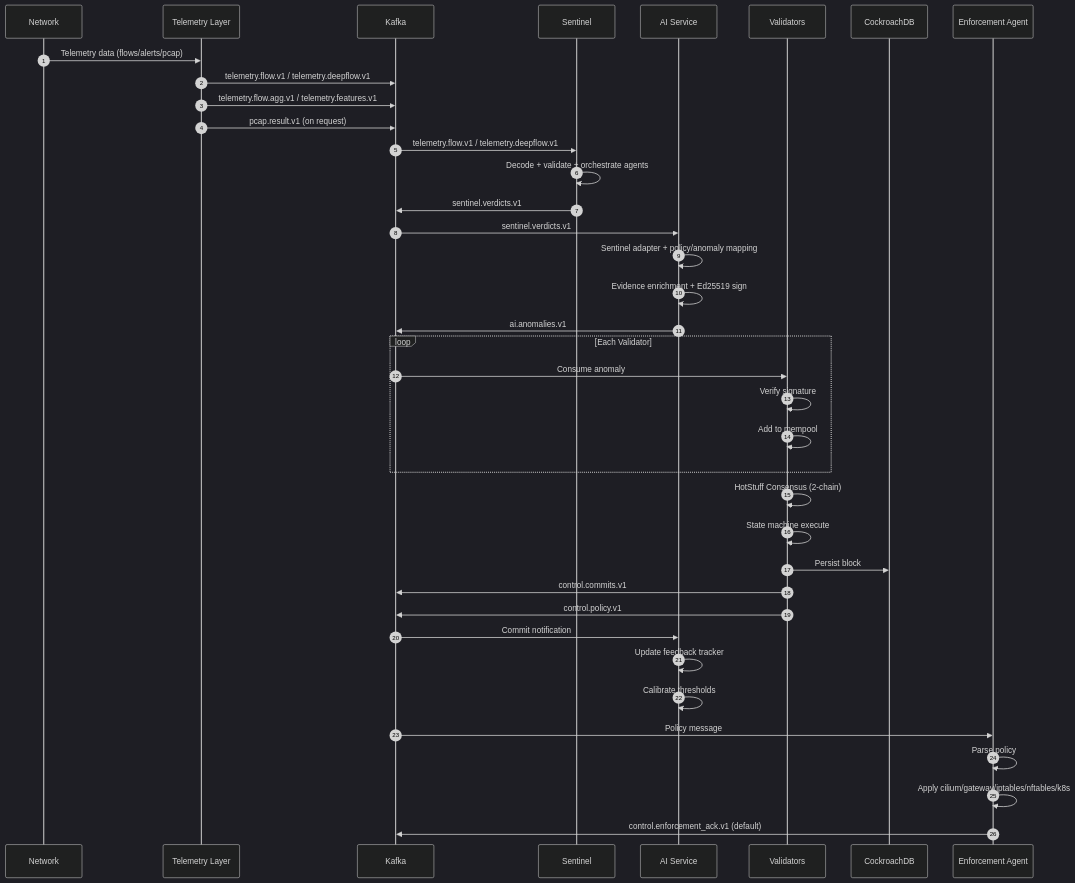
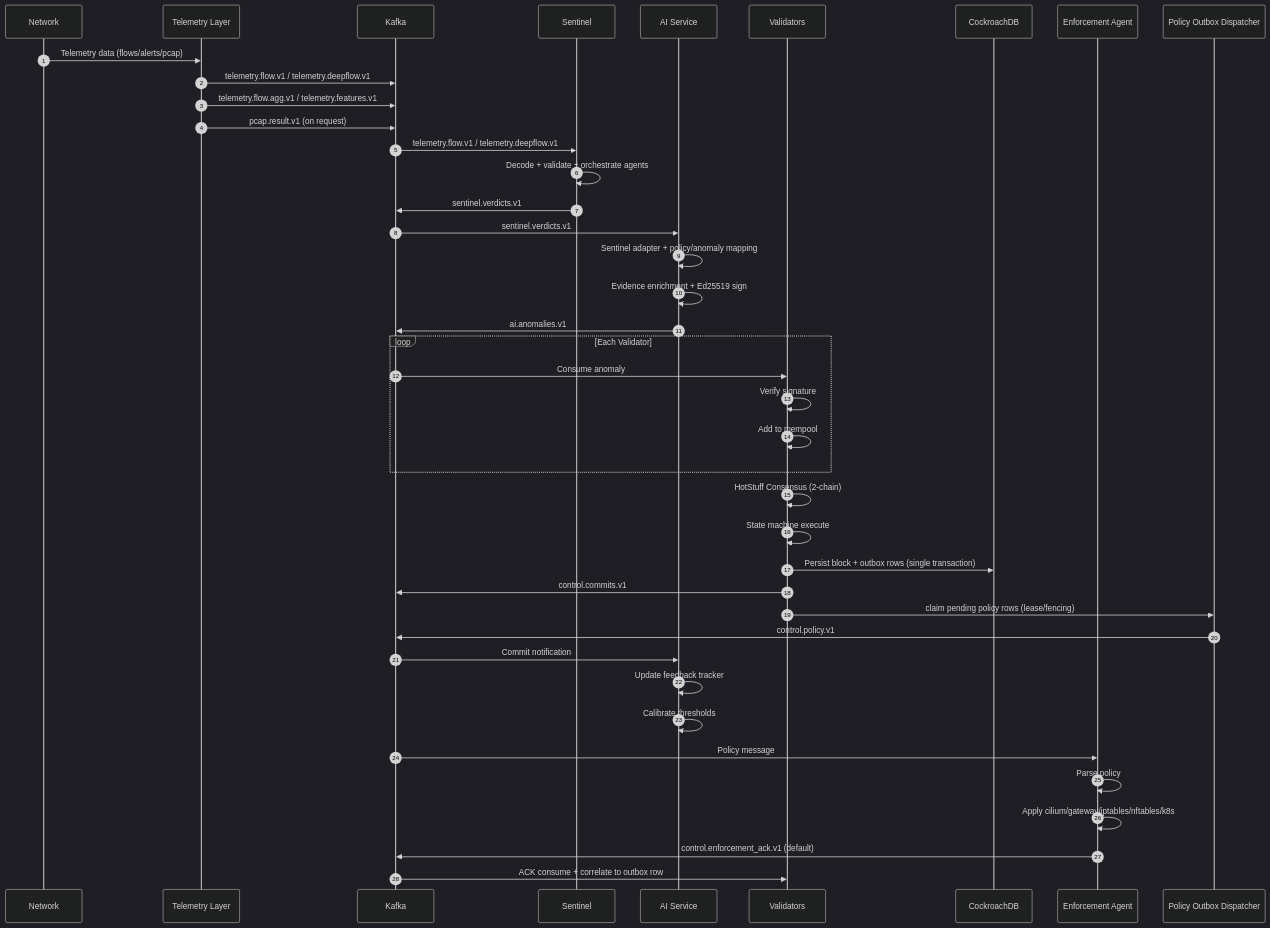
Before and after one commit to EveShark/CyberMesh: the first of 15 diagrams in docs/design/DATA_FLOW.md, drawn with Mermaid (dark theme). The commit also changed other lines of this file and 13 other files, not shown here.

Commit message:
Update architecture and design documentation

````diff
--- a/docs/design/DATA_FLOW.md
+++ b/docs/design/DATA_FLOW.md
@@ -34,45 +34,48 @@
 ```mermaid
 sequenceDiagram
     autonumber
     participant Net as Network
     participant TL as Telemetry Layer
     participant Kafka as Kafka
     participant S as Sentinel
     participant AI as AI Service
     participant Val as Validators
     participant DB as CockroachDB
     participant Agent as Enforcement Agent
+    participant Outbox as Policy Outbox Dispatcher
     
     Net->>TL: Telemetry data (flows/alerts/pcap)
     TL->>Kafka: telemetry.flow.v1 / telemetry.deepflow.v1
     TL->>Kafka: telemetry.flow.agg.v1 / telemetry.features.v1
     TL->>Kafka: pcap.result.v1 (on request)
     Kafka->>S: telemetry.flow.v1 / telemetry.deepflow.v1
     S->>S: Decode + validate + orchestrate agents
     S->>Kafka: sentinel.verdicts.v1
     Kafka->>AI: sentinel.verdicts.v1
     AI->>AI: Sentinel adapter + policy/anomaly mapping
     AI->>AI: Evidence enrichment + Ed25519 sign
     AI->>Kafka: ai.anomalies.v1
     
     loop Each Validator
         Kafka->>Val: Consume anomaly
         Val->>Val: Verify signature
         Val->>Val: Add to mempool
     end
     
     Val->>Val: HotStuff Consensus (2-chain)
     Val->>Val: State machine execute
-    Val->>DB: Persist block
+    Val->>DB: Persist block + outbox rows (single transaction)
     Val->>Kafka: control.commits.v1
-    Val->>Kafka: control.policy.v1
+    Val->>Outbox: claim pending policy rows (lease/fencing)
+    Outbox->>Kafka: control.policy.v1
     
     Kafka->>AI: Commit notification
     AI->>AI: Update feedback tracker
     AI->>AI: Calibrate thresholds
     
     Kafka->>Agent: Policy message
     Agent->>Agent: Parse policy
     Agent->>Agent: Apply cilium/gateway/iptables/nftables/k8s
     Agent->>Kafka: control.enforcement_ack.v1 (default)
+    Kafka->>Val: ACK consume + correlate to outbox row
 ```
````
